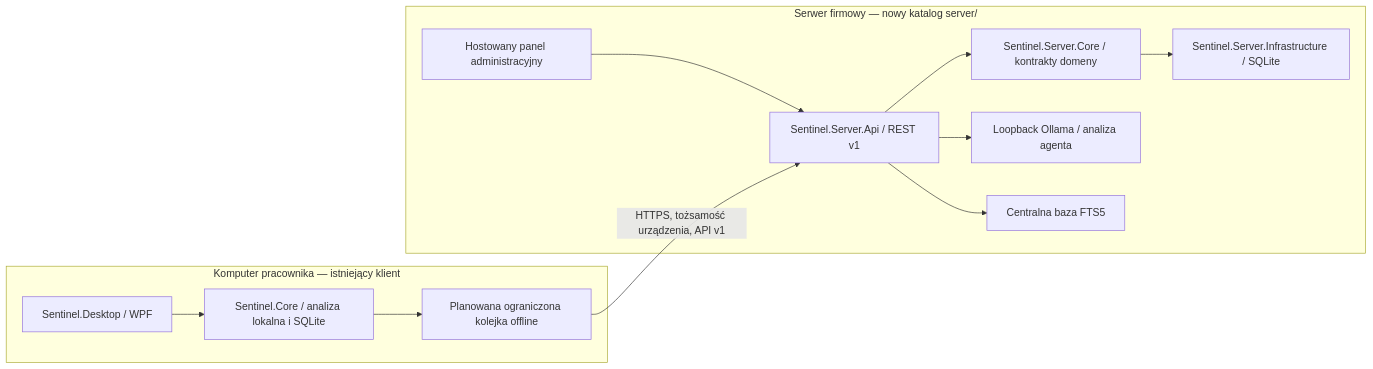
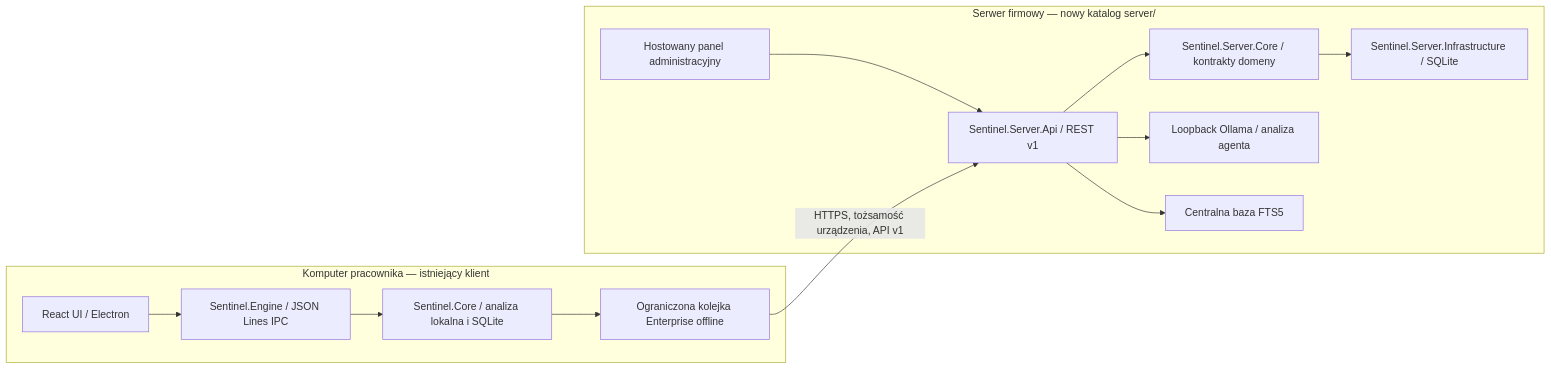
Before and after one commit to Matyyyy68/asystent: the diagram in server/ARCHITECTURE.md, drawn with Mermaid. The commit also changed other lines of this file and 103 other files, not shown here.

````diff
--- a/server/ARCHITECTURE.md
+++ b/server/ARCHITECTURE.md
@@ -11,23 +11,24 @@
 ```mermaid
 flowchart LR
   subgraph Client[Komputer pracownika — istniejący klient]
-    WPF[Sentinel.Desktop / WPF]
+    UI[React UI / Electron]
+    Engine[Sentinel.Engine / JSON Lines IPC]
     Core[Sentinel.Core / analiza lokalna i SQLite]
-    Queue[Planowana ograniczona kolejka offline]
-    WPF --> Core
+    Queue[Ograniczona kolejka Enterprise offline]
+    UI --> Engine --> Core
     Core --> Queue
   end
   subgraph Server[Serwer firmowy — nowy katalog server/]
     API[Sentinel.Server.Api / REST v1]
     SCore[Sentinel.Server.Core / kontrakty domeny]
     Infra[Sentinel.Server.Infrastructure / SQLite]
     Admin[Hostowany panel administracyjny]
     AI[Loopback Ollama / analiza agenta]
     KB[Centralna baza FTS5]
     API --> SCore --> Infra
     Admin --> API
     API --> AI
     API --> KB
   end
   Queue -->|HTTPS, tożsamość urządzenia, API v1| API
 ```
````
